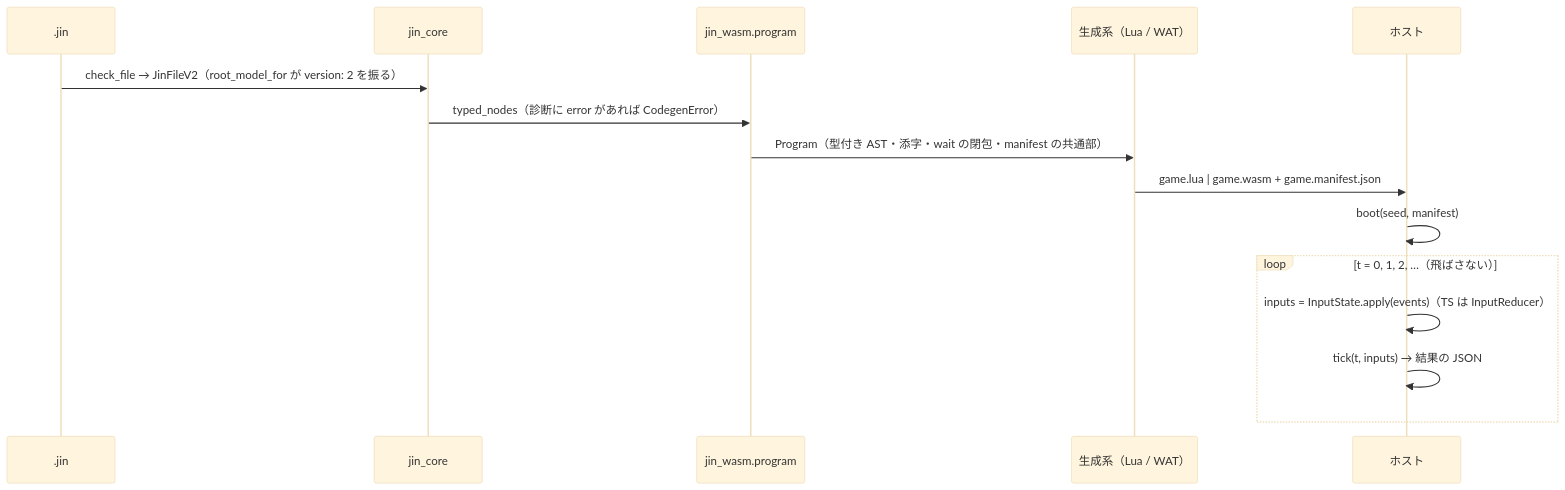
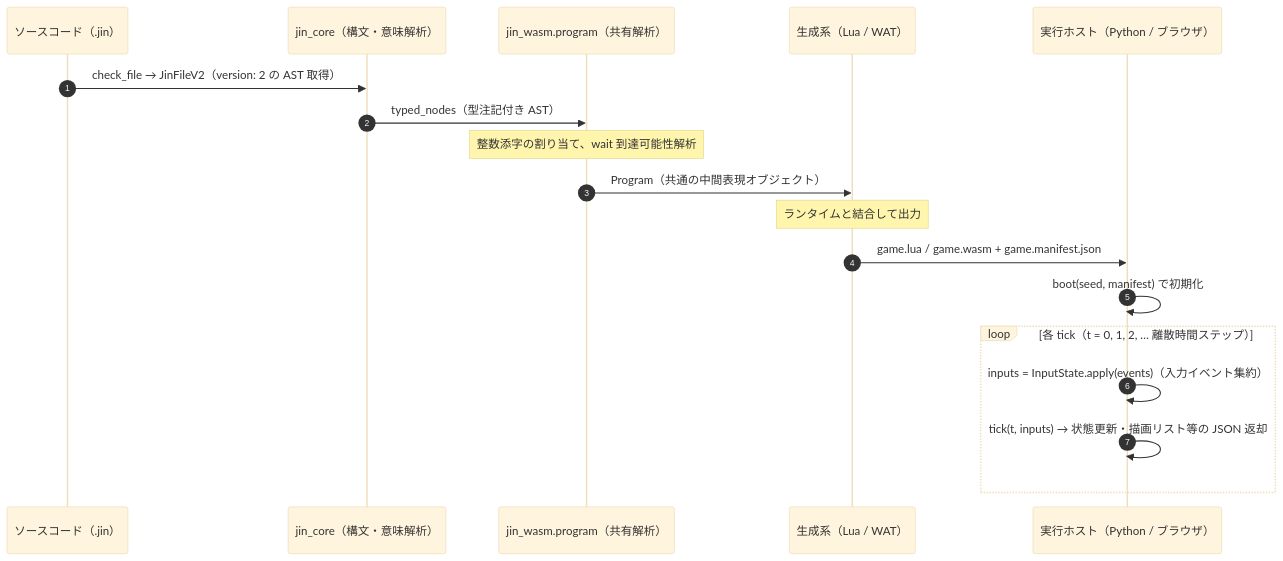
The second of 2 diagrams in docs/execution-engine.md (rswisteria/jin-lang), drawn with Mermaid (base theme) before and after one commit. The commit also changed other lines of this file, not shown here.

````diff
--- a/docs/execution-engine.md
+++ b/docs/execution-engine.md
@@ -91,17 +118,21 @@
 ```mermaid
 sequenceDiagram
-  participant F as .jin
-  participant C as jin_core
-  participant A as jin_wasm.program
+  autonumber
+  participant F as ソースコード（.jin）
+  participant C as jin_core（構文・意味解析）
+  participant A as jin_wasm.program（共有解析）
   participant G as 生成系（Lua / WAT）
-  participant H as ホスト
-  F->>C: check_file → JinFileV2（root_model_for が version: 2 を振る）
-  C->>A: typed_nodes（診断に error があれば CodegenError）
-  A->>G: Program（型付き AST・添字・wait の閉包・manifest の共通部）
-  G->>H: game.lua | game.wasm + game.manifest.json
-  H->>H: boot(seed, manifest)
-  loop t = 0, 1, 2, …（飛ばさない）
-    H->>H: inputs = InputState.apply(events)（TS は InputReducer）
-    H->>H: tick(t, inputs) → 結果の JSON
+  participant H as 実行ホスト（Python / ブラウザ）
+
+  F->>C: check_file → JinFileV2（version: 2 の AST 取得）
+  C->>A: typed_nodes（型注記付き AST）
+  Note over A: 整数添字の割り当て、wait 到達可能性解析
+  A->>G: Program（共通の中間表現オブジェクト）
+  Note over G: ランタイムと結合して出力
+  G->>H: game.lua / game.wasm + game.manifest.json
+  H->>H: boot(seed, manifest) で初期化
+  loop 各 tick（t = 0, 1, 2, … 離散時間ステップ）
+    H->>H: inputs = InputState.apply(events)（入力イベント集約）
+    H->>H: tick(t, inputs) → 状態更新・描画リスト等の JSON 返却
   end
 ```
````
